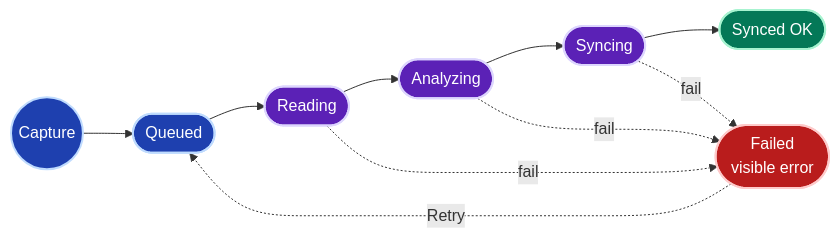
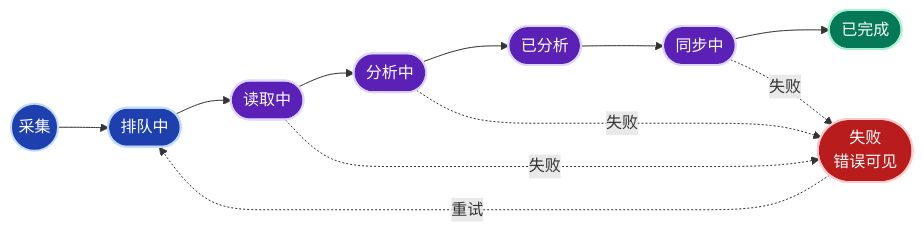
One commit to AliceDel66/ReachNote changed the fourth of 5 diagrams in README.zh-CN.md. Above: the diagram before and after it, drawn with Mermaid. The commit also changed other lines of this file and 46 other files, not shown here.

````diff
--- a/README.zh-CN.md
+++ b/README.zh-CN.md
@@ -208,19 +229,20 @@
 ```mermaid
 flowchart LR
     classDef st fill:#1e40af,stroke:#bfdbfe,stroke-width:2px,color:#fff
     classDef work fill:#5b21b6,stroke:#ddd6fe,stroke-width:2px,color:#fff
     classDef ok fill:#047857,stroke:#a7f3d0,stroke-width:2px,color:#fff
     classDef bad fill:#b91c1c,stroke:#fecaca,stroke-width:2px,color:#fff
 
-    Start((Capture)):::st
-    Start --> Queued(["Queued"]):::st
-    Queued --> Reading(["Reading"]):::work
-    Reading --> Analyzing(["Analyzing"]):::work
-    Analyzing --> Syncing(["Syncing"]):::work
-    Syncing --> Synced(["Synced OK"]):::ok
+    Start((采集)):::st
+    Start --> Queued(["排队中"]):::st
+    Queued --> Reading(["读取中"]):::work
+    Reading --> Analyzing(["分析中"]):::work
+    Analyzing --> Analyzed(["已分析"]):::work
+    Analyzed --> Syncing(["同步中"]):::work
+    Syncing --> Synced(["已完成"]):::ok
 
-    Reading -. fail .-> Failed(["Failed<br/>visible error"]):::bad
-    Analyzing -. fail .-> Failed
-    Syncing -. fail .-> Failed
-    Failed -. Retry .-> Queued
+    Reading -. 失败 .-> Failed(["失败<br/>错误可见"]):::bad
+    Analyzing -. 失败 .-> Failed
+    Syncing -. 失败 .-> Failed
+    Failed -. 重试 .-> Queued
 ```
````
